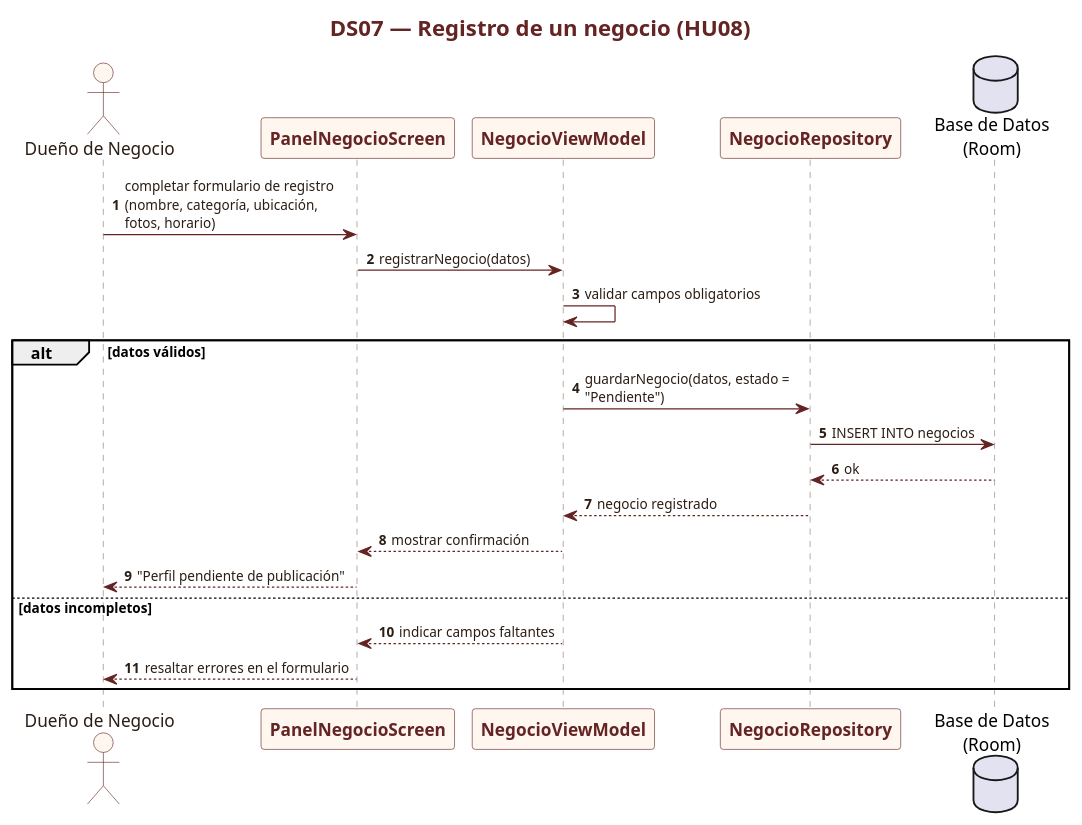
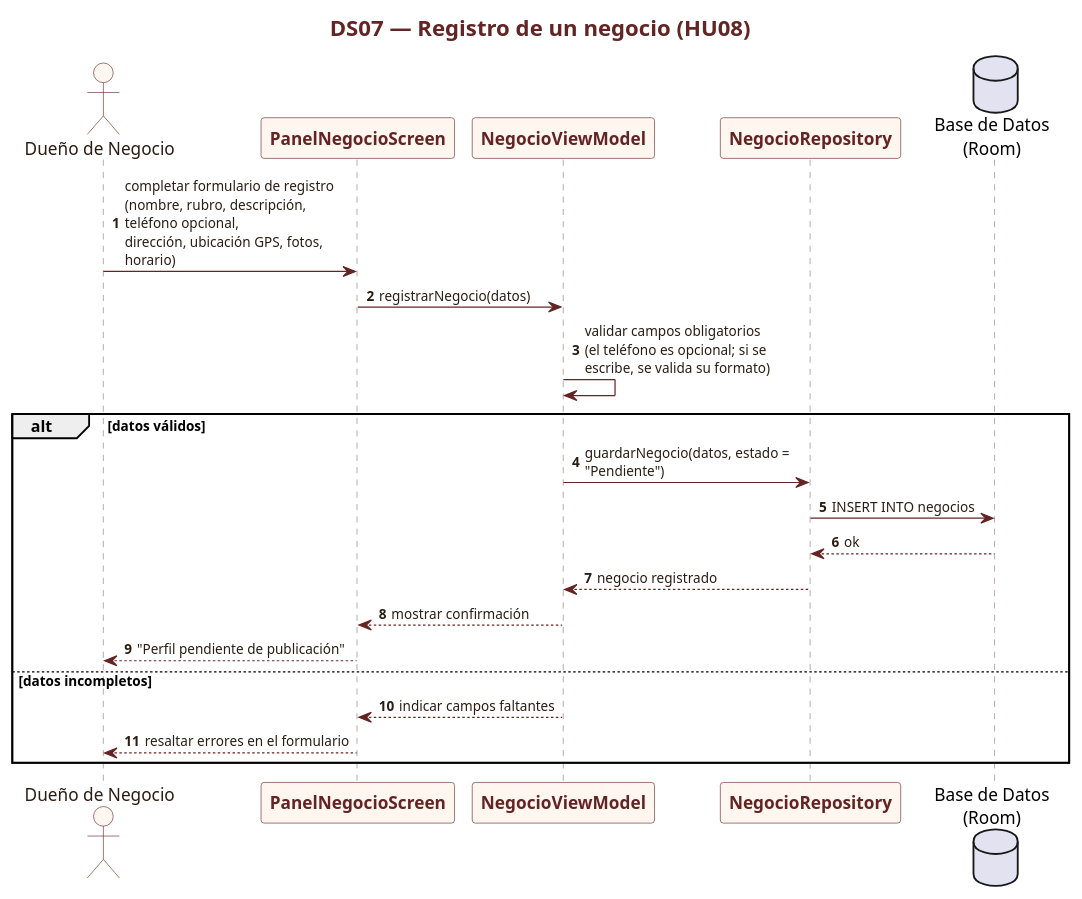
The diagram in diagrams/S2_DS07_Registro_Negocio.puml (chelingo1994/LuciDan), drawn with PlantUML before and after one commit. The commit also changed 197 other files, not shown here.

```diff
--- a/diagrams/S2_DS07_Registro_Negocio.puml
+++ b/diagrams/S2_DS07_Registro_Negocio.puml
@@ -1,58 +1,58 @@
 @startuml
 
 skinparam backgroundColor white
 skinparam shadowing false
 skinparam defaultFontName Arial
 skinparam maxMessageSize 180
 skinparam sequenceArrowThickness 1
 skinparam ArrowColor #632423
 skinparam ArrowFontColor #2B1D14
 skinparam ArrowFontSize 11
 skinparam sequence {
   ActorBorderColor #632423
   ActorBackgroundColor #FFF6F0
   ActorFontColor #2B1D14
   ParticipantBorderColor #632423
   ParticipantBackgroundColor #FFF6F0
   ParticipantFontColor #632423
   ParticipantFontStyle bold
   LifeLineBorderColor #8A7A6C
   LifeLineBackgroundColor #FFF6F0
   BoxBorderColor #632423
   BoxFontColor #632423
   BoxBackgroundColor #FFF9F5
   DividerBorderColor #632423
   DividerBackgroundColor #F2E4DE
   DividerFontColor #632423
 }
 skinparam titleFontColor #632423
 skinparam titleFontSize 18
 skinparam titleFontStyle bold
 skinparam noteBackgroundColor #FFF9E8
 skinparam noteBorderColor #8A7A6C
 
 
 title DS07 — Registro de un negocio (HU08)
 autonumber
 actor "Dueño de Negocio" as U
 participant "PanelNegocioScreen" as UI
 participant "NegocioViewModel" as VM
 participant "NegocioRepository" as REPO
 database "Base de Datos\n(Room)" as DB
 
-U -> UI : completar formulario de registro\n(nombre, categoría, ubicación, fotos, horario)
+U -> UI : completar formulario de registro\n(nombre, rubro, descripción, teléfono opcional,\ndirección, ubicación GPS, fotos, horario)
 UI -> VM : registrarNegocio(datos)
-VM -> VM : validar campos obligatorios
+VM -> VM : validar campos obligatorios\n(el teléfono es opcional; si se escribe, se valida su formato)
 alt datos válidos
   VM -> REPO : guardarNegocio(datos, estado = "Pendiente")
   REPO -> DB : INSERT INTO negocios
   DB --> REPO : ok
   REPO --> VM : negocio registrado
   VM --> UI : mostrar confirmación
   UI --> U : "Perfil pendiente de publicación"
 else datos incompletos
   VM --> UI : indicar campos faltantes
   UI --> U : resaltar errores en el formulario
 end
 
 @enduml
```
